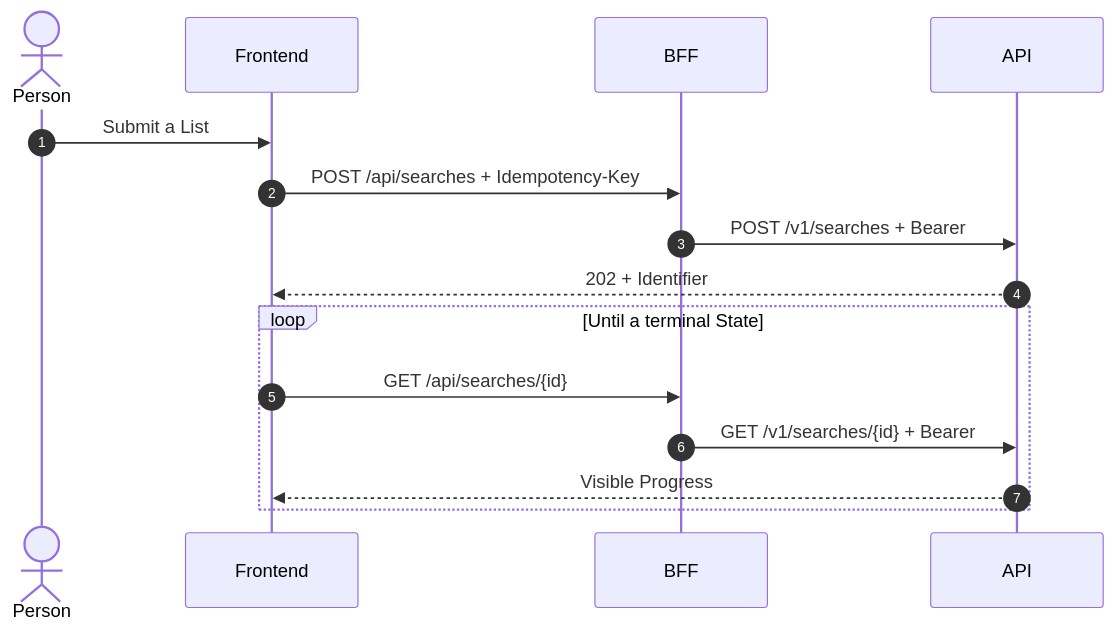
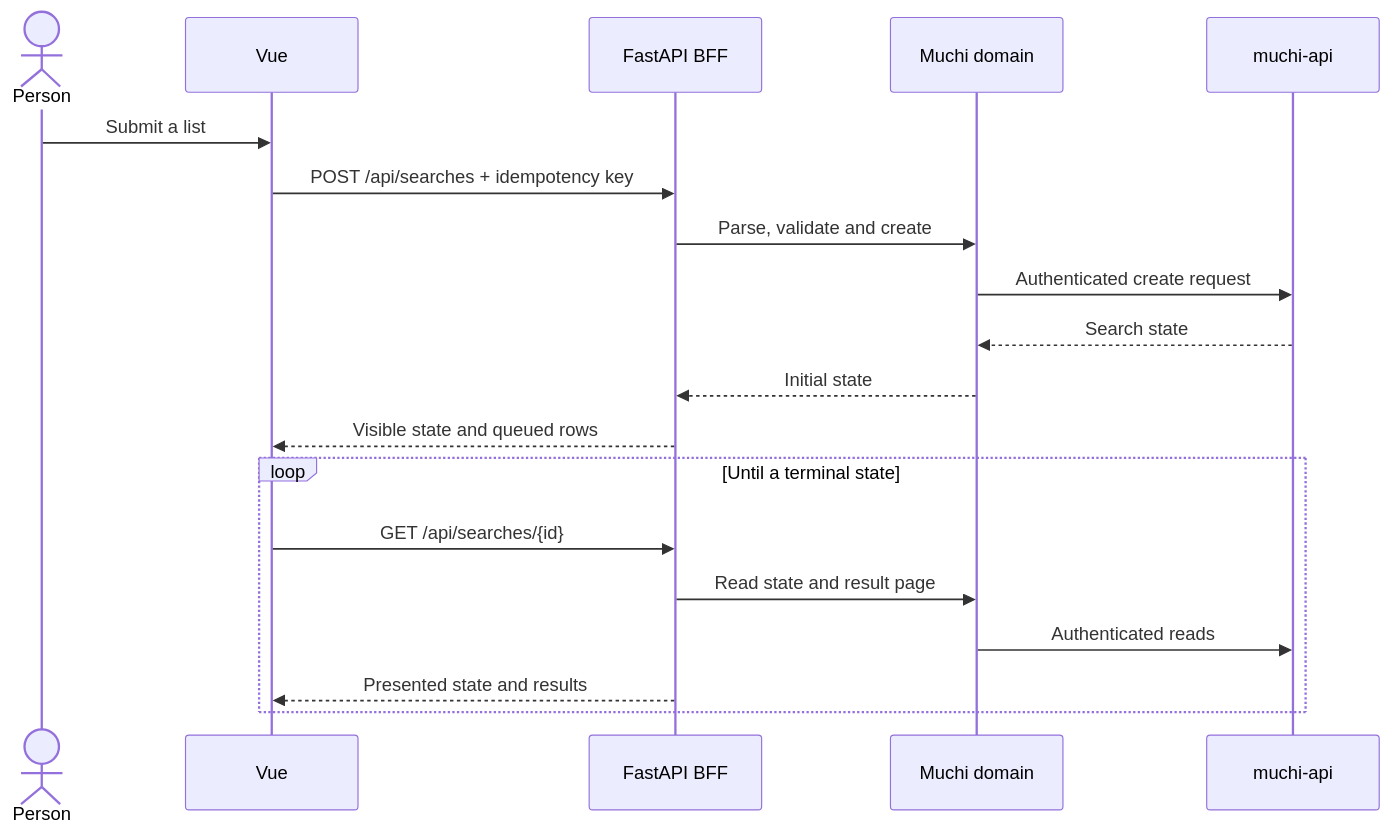
The second of 2 diagrams in docs/architecture.md (metaliaw/muchi), drawn with Mermaid before and after one commit. The commit also changed other lines of this file and 47 other files, not shown here.

Commit message:
Document BFF architecture and entry points

````diff
--- a/docs/architecture.md
+++ b/docs/architecture.md
@@ -136,19 +61,23 @@
 ```mermaid
 sequenceDiagram
-    autonumber
     actor Person
-    participant Web as Frontend
-    participant BFF
-    participant API
+    participant Web as Vue
+    participant BFF as FastAPI BFF
+    participant Domain as Muchi domain
+    participant API as muchi-api
 
-    Person->>Web: Submit a List
-    Web->>BFF: POST /api/searches + Idempotency-Key
-    BFF->>API: POST /v1/searches + Bearer
-    API-->>Web: 202 + Identifier
+    Person->>Web: Submit a list
+    Web->>BFF: POST /api/searches + idempotency key
+    BFF->>Domain: Parse, validate and create
+    Domain->>API: Authenticated create request
+    API-->>Domain: Search state
+    Domain-->>BFF: Initial state
+    BFF-->>Web: Visible state and queued rows
 
-    loop Until a terminal State
+    loop Until a terminal state
         Web->>BFF: GET /api/searches/{id}
-        BFF->>API: GET /v1/searches/{id} + Bearer
-        API-->>Web: Visible Progress
+        BFF->>Domain: Read state and result page
+        Domain->>API: Authenticated reads
+        BFF-->>Web: Presented state and results
     end
 ```
````
